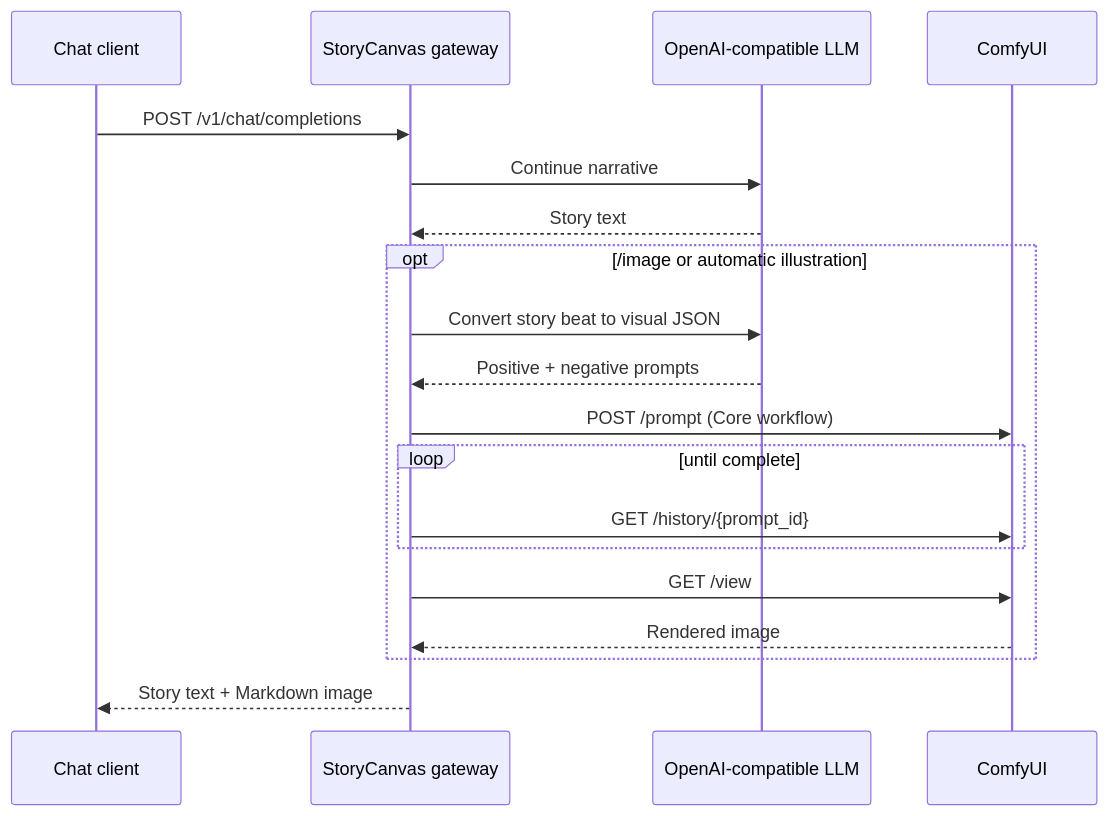
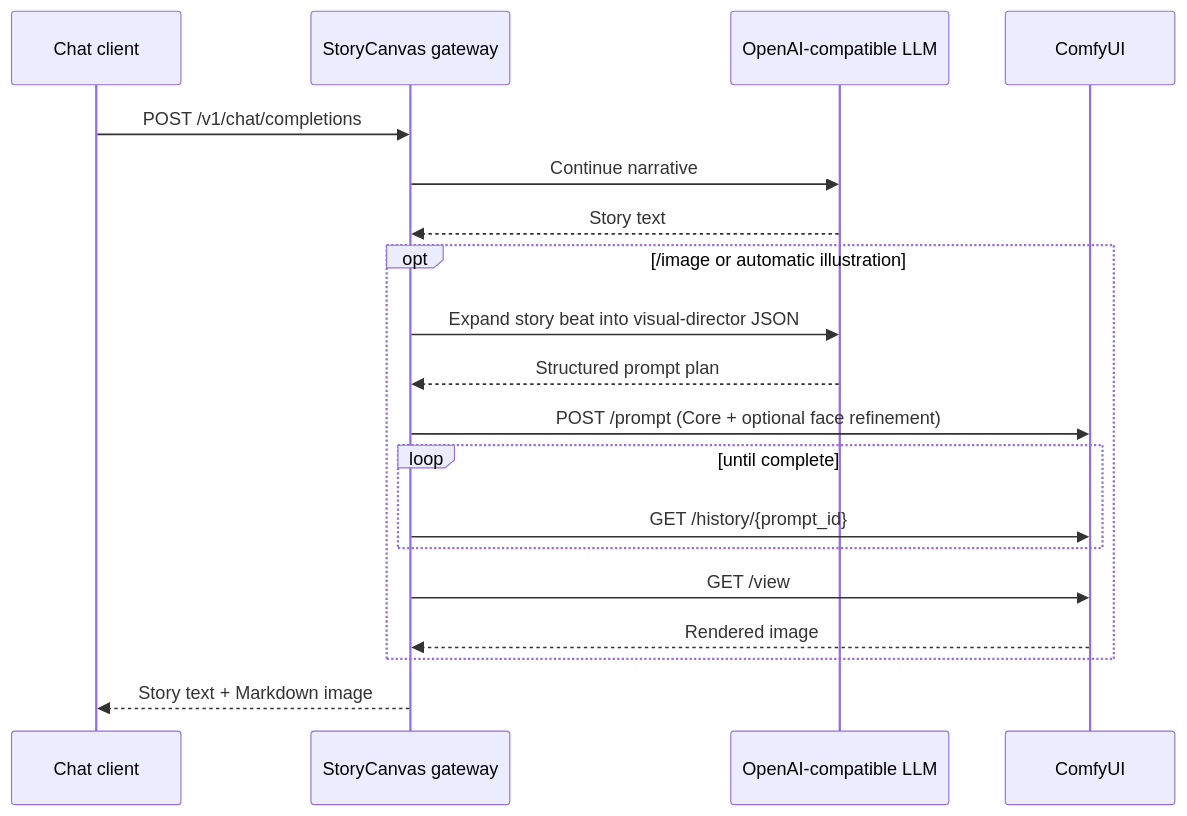
Before and after one commit to l399535557-ctrl/StoryCanvas-AI: the diagram in README.md, drawn with Mermaid. The commit also changed other lines of this file and 11 other files, not shown here.

Commit message:
feat: add structured visual direction and face refinement

````diff
--- a/README.md
+++ b/README.md
@@ -37,22 +39,22 @@
 ```mermaid
 sequenceDiagram
     participant C as Chat client
     participant G as StoryCanvas gateway
     participant L as OpenAI-compatible LLM
     participant U as ComfyUI
 
     C->>G: POST /v1/chat/completions
     G->>L: Continue narrative
     L-->>G: Story text
     opt /image or automatic illustration
-        G->>L: Convert story beat to visual JSON
-        L-->>G: Positive + negative prompts
-        G->>U: POST /prompt (Core workflow)
+        G->>L: Expand story beat into visual-director JSON
+        L-->>G: Structured prompt plan
+        G->>U: POST /prompt (Core + optional face refinement)
         loop until complete
             G->>U: GET /history/{prompt_id}
         end
         G->>U: GET /view
         U-->>G: Rendered image
     end
     G-->>C: Story text + Markdown image
 ```
````
